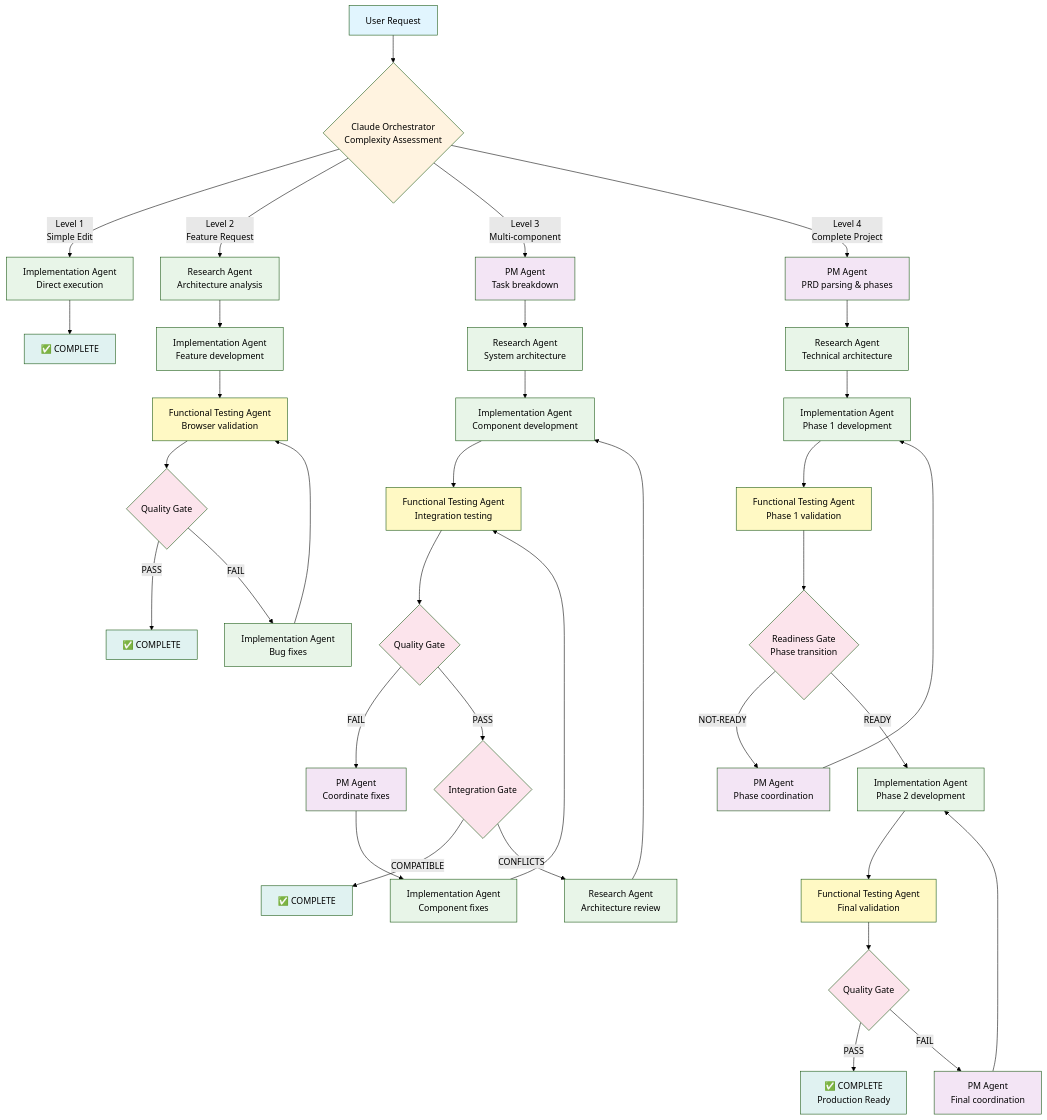
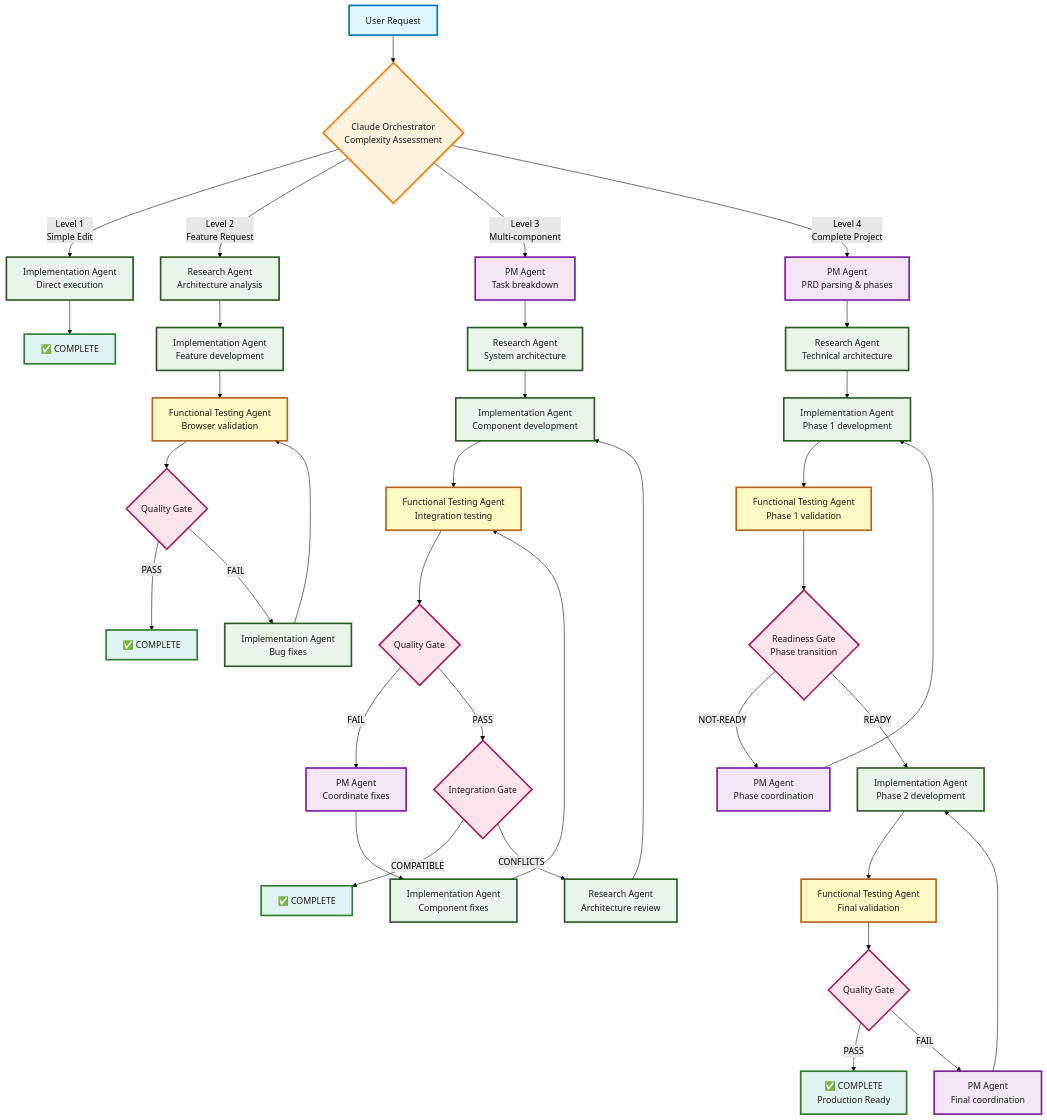
The second of 2 diagrams in README.md (vanzan01/claude-code-sub-agent-collective), drawn with Mermaid (forest theme) before and after one commit. The commit also changed other lines of this file, not shown here.

Commit message:
fix: Complete Mermaid diagram dark/light mode styling
- Fix typo in Agent Organization diagram classDef
- Ensure both diagrams have consistent 3px stroke width
- Verify all node types have proper dark/light mode compatibility

````diff
--- a/README.md
+++ b/README.md
@@ -80,63 +80,63 @@
 ```mermaid
 graph TD
     User[User Request] --> Orchestrator{Claude Orchestrator<br/>Complexity Assessment}
     
     %% Level 1 Flow (Simple Tasks)
     Orchestrator -->|Level 1<br/>Simple Edit| L1_Impl[Implementation Agent<br/>Direct execution]
     L1_Impl --> L1_Done[✅ COMPLETE]
     
     %% Level 2 Flow (Feature Development)
     Orchestrator -->|Level 2<br/>Feature Request| L2_Research[Research Agent<br/>Architecture analysis]
     L2_Research --> L2_Impl[Implementation Agent<br/>Feature development]
     L2_Impl --> L2_FuncTest[Functional Testing Agent<br/>Browser validation]
     L2_FuncTest --> L2_Quality{Quality Gate}
     L2_Quality -->|PASS| L2_Done[✅ COMPLETE]
     L2_Quality -->|FAIL| L2_Fix[Implementation Agent<br/>Bug fixes]
     L2_Fix --> L2_FuncTest
     
     %% Level 3 Flow (Multi-component)
     Orchestrator -->|Level 3<br/>Multi-component| L3_PM[PM Agent<br/>Task breakdown]
     L3_PM --> L3_Research[Research Agent<br/>System architecture]
     L3_Research --> L3_Impl[Implementation Agent<br/>Component development]
     L3_Impl --> L3_FuncTest[Functional Testing Agent<br/>Integration testing]
     L3_FuncTest --> L3_Quality{Quality Gate}
     L3_Quality -->|FAIL| L3_PM_Fix[PM Agent<br/>Coordinate fixes]
     L3_PM_Fix --> L3_Impl_Fix[Implementation Agent<br/>Component fixes]
     L3_Impl_Fix --> L3_FuncTest
     L3_Quality -->|PASS| L3_Integration{Integration Gate}
     L3_Integration -->|COMPATIBLE| L3_Done[✅ COMPLETE]
     L3_Integration -->|CONFLICTS| L3_Research_Fix[Research Agent<br/>Architecture review]
     L3_Research_Fix --> L3_Impl
     
     %% Level 4 Flow (Full Project)
     Orchestrator -->|Level 4<br/>Complete Project| L4_PM[PM Agent<br/>PRD parsing & phases]
     L4_PM --> L4_Research[Research Agent<br/>Technical architecture]
     L4_Research --> L4_Impl1[Implementation Agent<br/>Phase 1 development]
     L4_Impl1 --> L4_FuncTest1[Functional Testing Agent<br/>Phase 1 validation]
     L4_FuncTest1 --> L4_Readiness{Readiness Gate<br/>Phase transition}
     L4_Readiness -->|NOT-READY| L4_PM_Coord[PM Agent<br/>Phase coordination]
     L4_PM_Coord --> L4_Impl1
     L4_Readiness -->|READY| L4_Impl2[Implementation Agent<br/>Phase 2 development]
     L4_Impl2 --> L4_FuncTest2[Functional Testing Agent<br/>Final validation]
     L4_FuncTest2 --> L4_Quality{Quality Gate}
     L4_Quality -->|PASS| L4_Done[✅ COMPLETE<br/>Production Ready]
     L4_Quality -->|FAIL| L4_PM_Final[PM Agent<br/>Final coordination]
     L4_PM_Final --> L4_Impl2
     
     %% Styling
-    classDef userNode fill:#e1f5fe
-    classDef orchestratorNode fill:#fff3e0
-    classDef agentNode fill:#e8f5e8
-    classDef gateNode fill:#fce4ec
-    classDef pmNode fill:#f3e5f5
-    classDef doneNode fill:#e0f2f1
-    classDef testNode fill:#fff9c4
+    classDef userNode fill:#e1f5fe,stroke:#0277bd,stroke-width:3px,color:#1a1a1a
+    classDef orchestratorNode fill:#fff3e0,stroke:#f57c00,stroke-width:3px,color:#1a1a1a
+    classDef agentNode fill:#e8f5e8,stroke:#2d5a27,stroke-width:3px,color:#1a1a1a
+    classDef gateNode fill:#fce4ec,stroke:#a91e63,stroke-width:3px,color:#1a1a1a
+    classDef pmNode fill:#f3e5f5,stroke:#7b1fa2,stroke-width:3px,color:#1a1a1a
+    classDef doneNode fill:#e0f2f1,stroke:#2e7d32,stroke-width:3px,color:#1a1a1a
+    classDef testNode fill:#fff9c4,stroke:#b5651d,stroke-width:3px,color:#1a1a1a
     
     class User userNode
     class Orchestrator orchestratorNode
     class L2_Research,L2_Impl,L3_Research,L3_Impl,L3_Impl_Fix,L3_Research_Fix,L4_Research,L4_Impl1,L4_Impl2,L1_Impl,L2_Fix agentNode
     class L2_Quality,L3_Quality,L3_Integration,L4_Quality,L4_Readiness gateNode
     class L3_PM,L3_PM_Fix,L4_PM,L4_PM_Coord,L4_PM_Final pmNode
     class L1_Done,L2_Done,L3_Done,L4_Done doneNode
     class L2_FuncTest,L3_FuncTest,L4_FuncTest1,L4_FuncTest2 testNode
 ```
````
